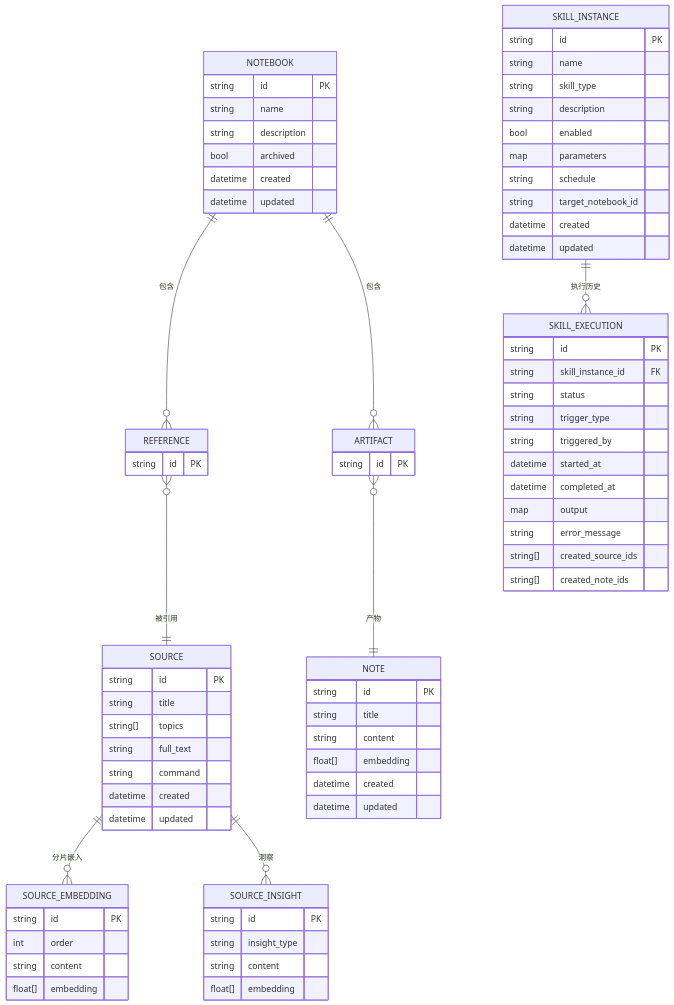
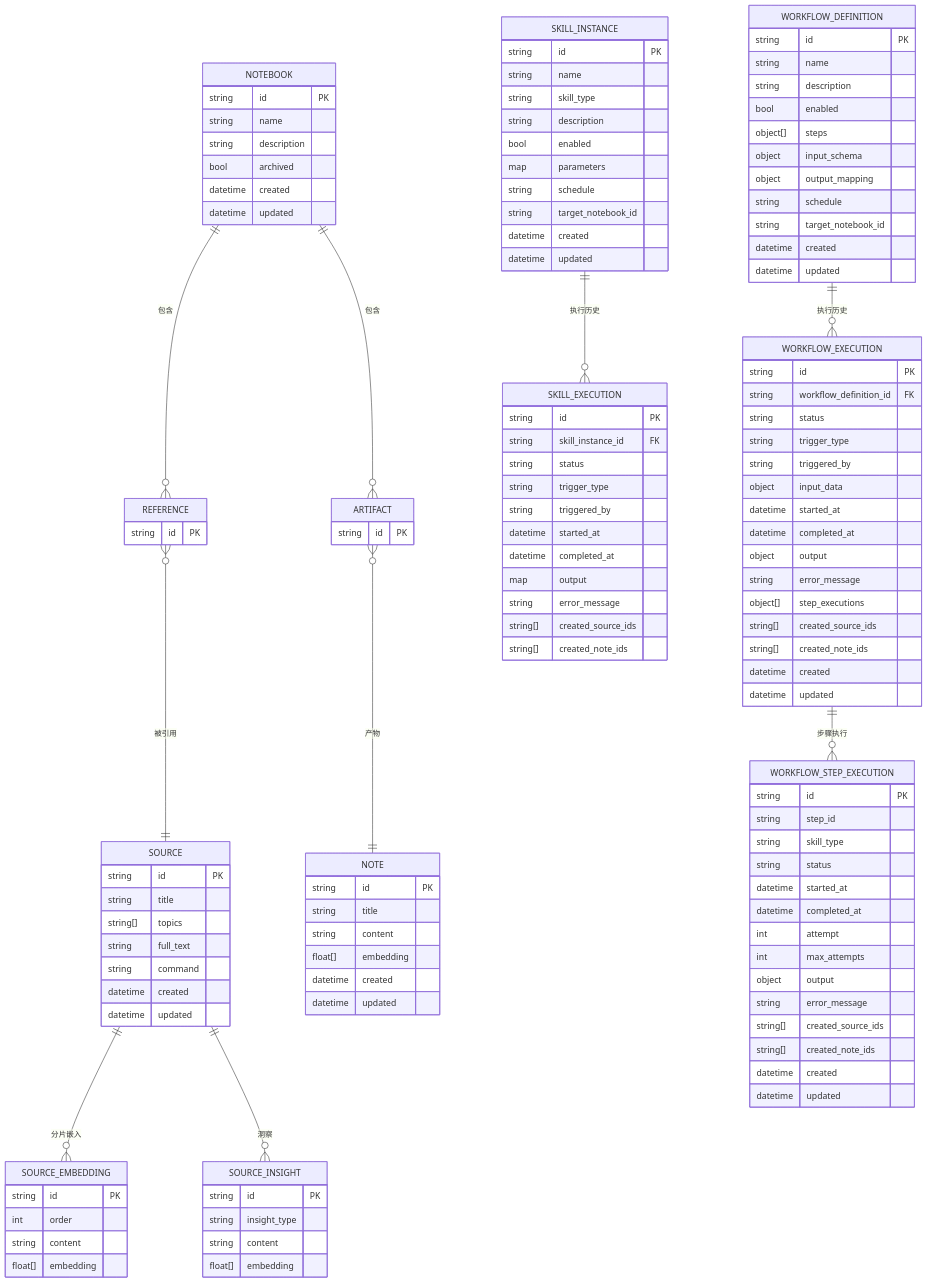
Before and after one commit to jackeyunjie/open-notebook: the second of 11 diagrams in .qoder/repowiki/zh/content/数据模型/数据模型.md, drawn with Mermaid. The commit also changed other lines of this file and 24 other files, not shown here.

````diff
--- a/.qoder/repowiki/zh/content/数据模型/数据模型.md
+++ b/.qoder/repowiki/zh/content/数据模型/数据模型.md
@@ -242,6 +302,52 @@
 string[] created_source_ids
 string[] created_note_ids
 }
+WORKFLOW_DEFINITION {
+string id PK
+string name
+string description
+bool enabled
+object[] steps
+object input_schema
+object output_mapping
+string schedule
+string target_notebook_id
+datetime created
+datetime updated
+}
+WORKFLOW_EXECUTION {
+string id PK
+string workflow_definition_id FK
+string status
+string trigger_type
+string triggered_by
+object input_data
+datetime started_at
+datetime completed_at
+object output
+string error_message
+object[] step_executions
+string[] created_source_ids
+string[] created_note_ids
+datetime created
+datetime updated
+}
+WORKFLOW_STEP_EXECUTION {
+string id PK
+string step_id
+string skill_type
+string status
+datetime started_at
+datetime completed_at
+int attempt
+int max_attempts
+object output
+string error_message
+string[] created_source_ids
+string[] created_note_ids
+datetime created
+datetime updated
+}
 NOTEBOOK ||--o{ REFERENCE : "包含"
 REFERENCE }o--|| SOURCE : "被引用"
 NOTEBOOK ||--o{ ARTIFACT : "包含"
@@ -249,4 +355,6 @@
 SOURCE ||--o{ SOURCE_EMBEDDING : "分片嵌入"
 SOURCE ||--o{ SOURCE_INSIGHT : "洞察"
 SKILL_INSTANCE ||--o{ SKILL_EXECUTION : "执行历史"
+WORKFLOW_DEFINITION ||--o{ WORKFLOW_EXECUTION : "执行历史"
+WORKFLOW_EXECUTION ||--o{ WORKFLOW_STEP_EXECUTION : "步骤执行"
 ```
````
